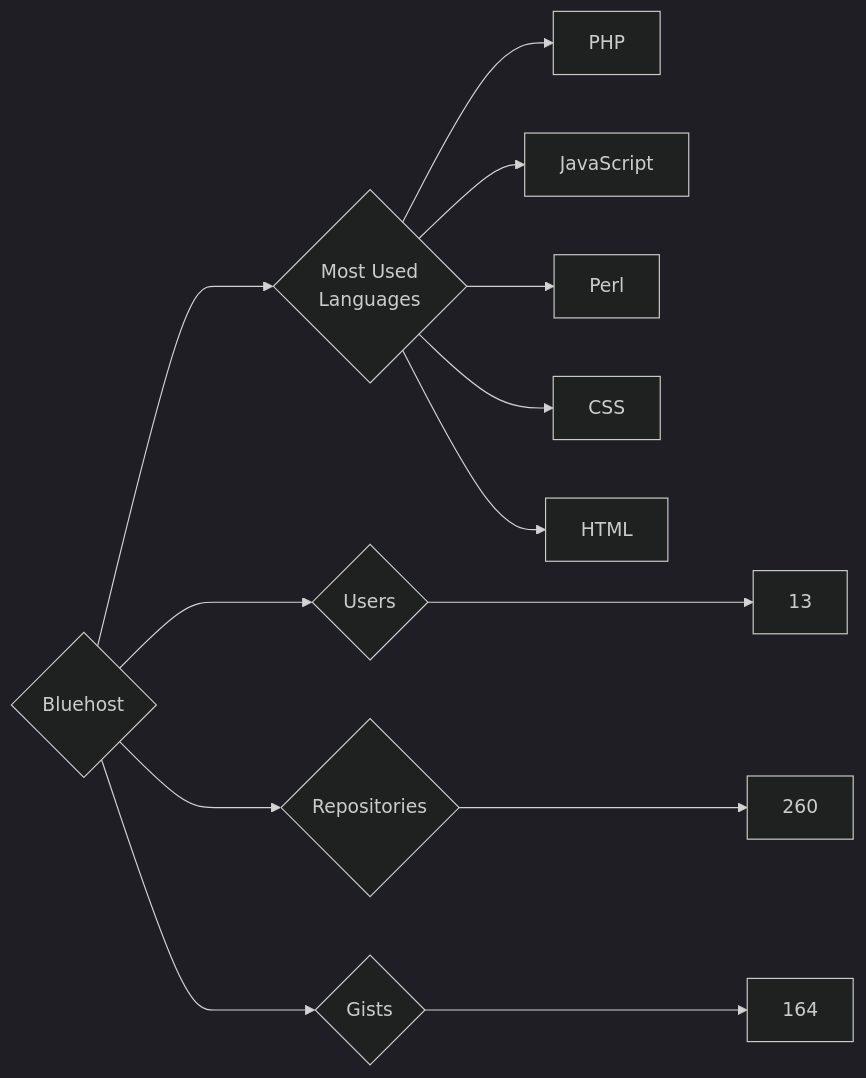
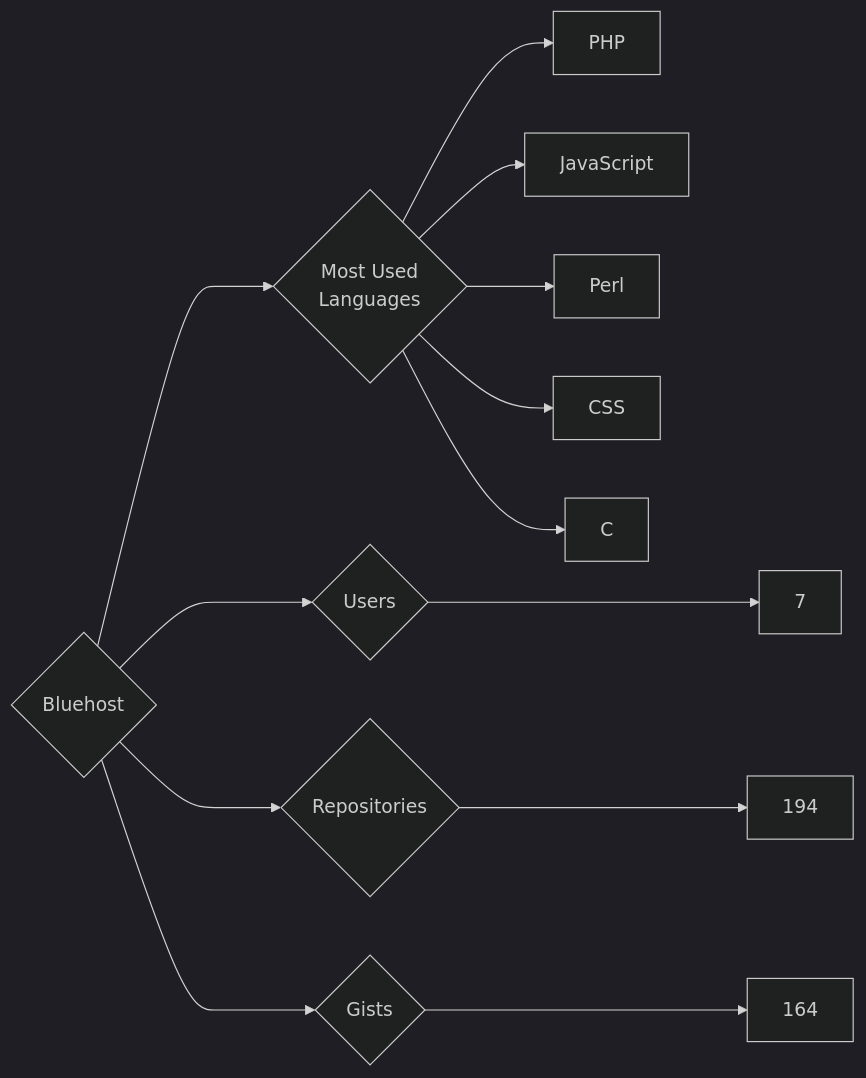
The diagram in targets/Bluehost/README.md (trickest/insiders), drawn with Mermaid (dark theme) before and after one commit. The commit also changed 752 other files, not shown here.

````diff
--- a/targets/Bluehost/README.md
+++ b/targets/Bluehost/README.md
@@ -3,13 +3,13 @@
 ```mermaid
 graph LR
 COMPANY_NAME{Bluehost}
-COMPANY_NAME ---> U{Users} ---> UN[13]
-COMPANY_NAME ---> R{Repositories} ---> RN[260]
+COMPANY_NAME ---> U{Users} ---> UN[7]
+COMPANY_NAME ---> R{Repositories} ---> RN[194]
 COMPANY_NAME ---> G{Gists} ---> GN[164]
 COMPANY_NAME ---> ML{Most Used<br>Languages}
 ML --> PHP[PHP]
 ML --> JavaScript[JavaScript]
 ML --> Perl[Perl]
 ML --> CSS[CSS]
-ML --> HTML[HTML]
+ML --> C[C]
 ```
````
